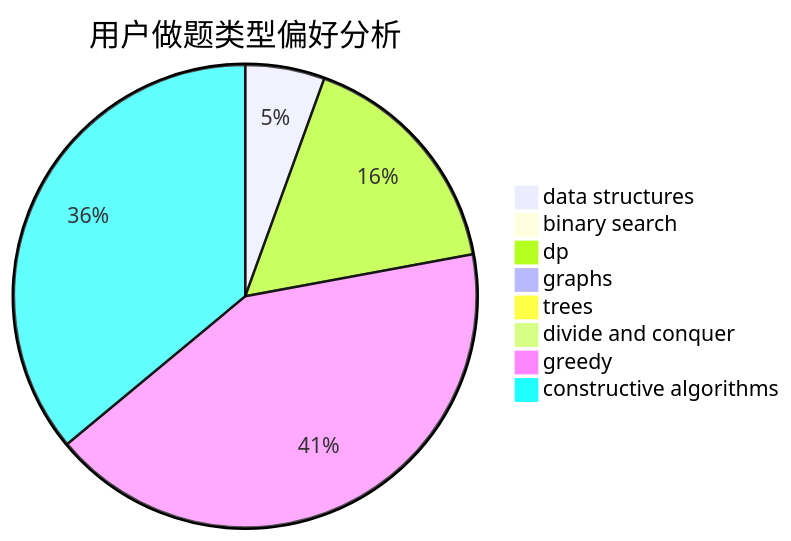
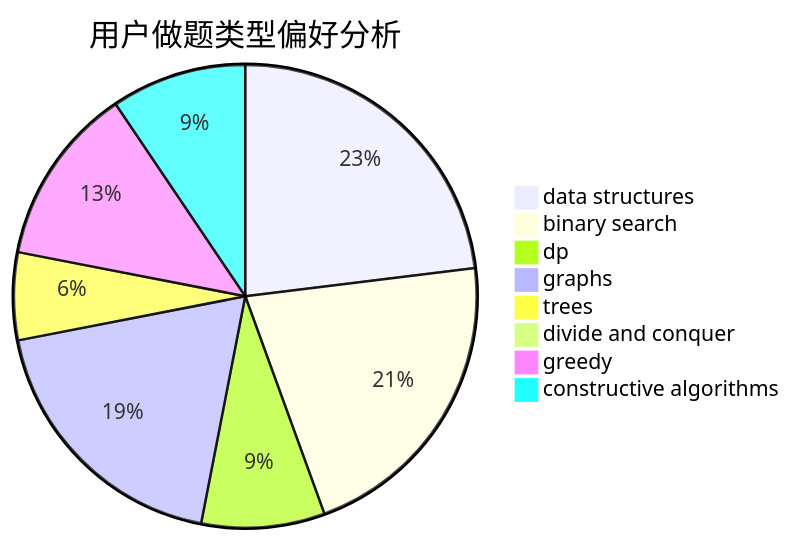
Before and after one commit to sherpahu/cfrs.github.io: the second of 3 diagrams in docs/user/u1941.md, drawn with Mermaid. The commit also changed other lines of this file and 2770 other files, not shown here.

````diff
--- a/docs/user/u1941.md
+++ b/docs/user/u1941.md
@@ -23,11 +23,11 @@
 ```mermaid
 pie title 用户做题类型偏好分析
-    "data structures" :  72
-    "binary search" :  8
-    "dp" :  215
-    "graphs" :  1
-    "trees" :  7
-    "divide and conquer" :  3
-    "greedy" :  544
-    "constructive algorithms" :  468
+    "data structures" :  83
+    "binary search" :  77
+    "dp" :  31
+    "graphs" :  68
+    "trees" :  22
+    "divide and conquer" :  0
+    "greedy" :  45
+    "constructive algorithms" :  34
 ```
````
